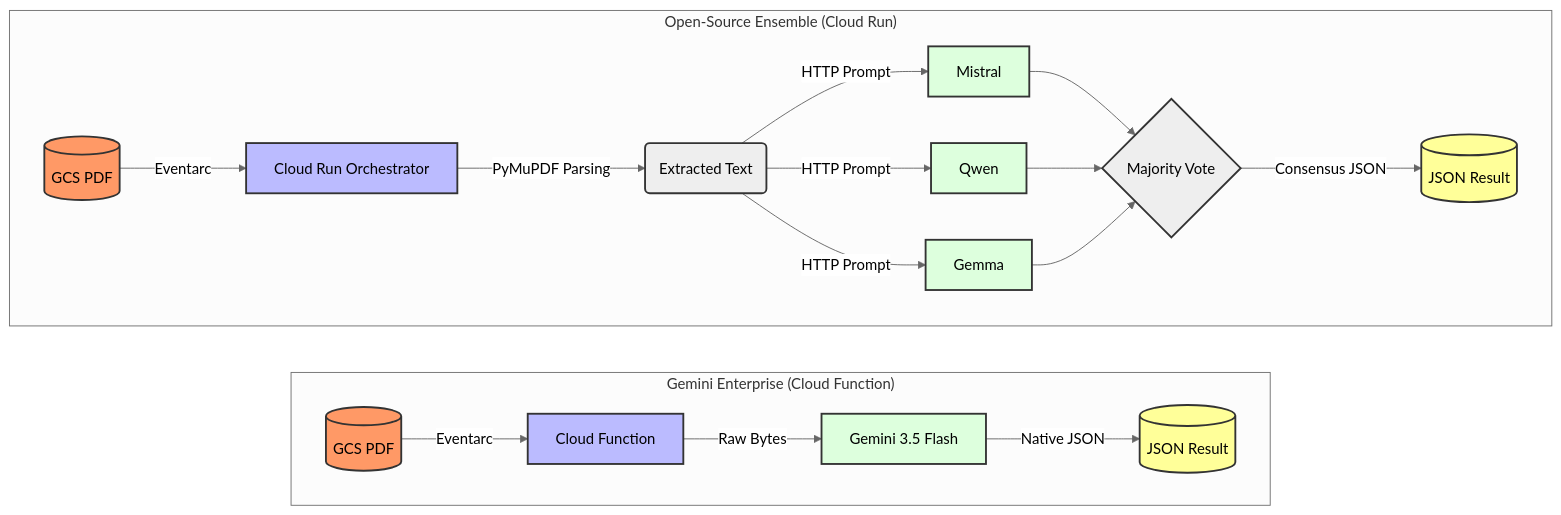
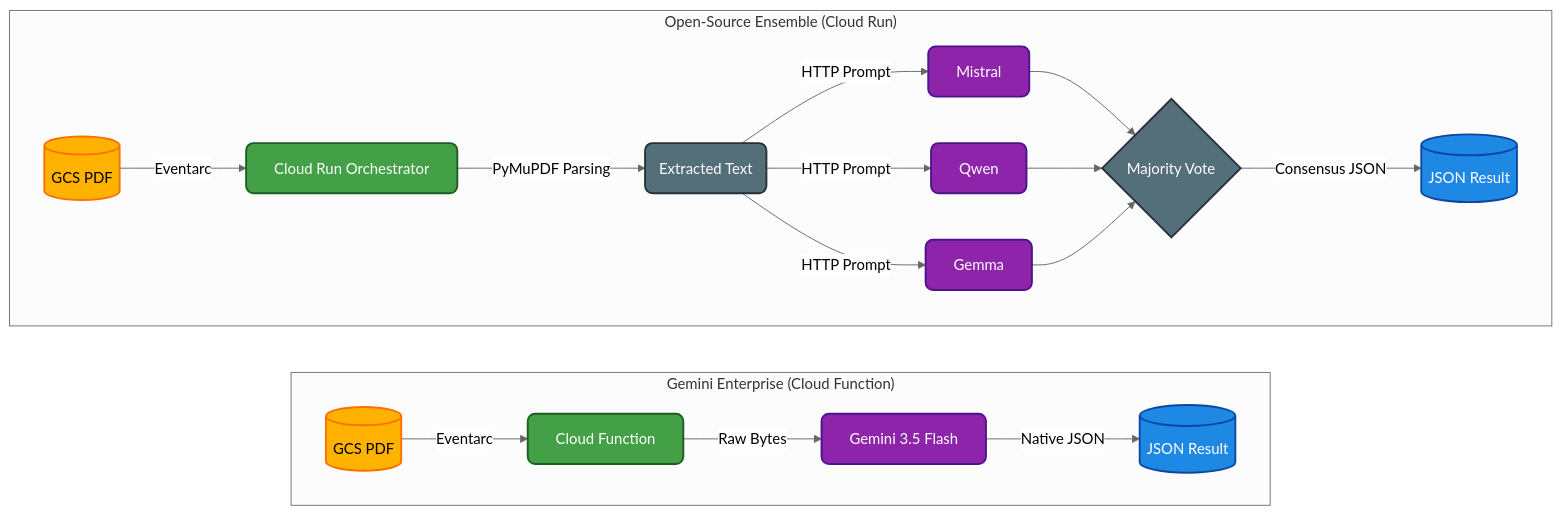
One commit to wojciehm/gcp-invoice-processor-demo changed the second of 2 diagrams in README.md. Above: the diagram before and after it, drawn with Mermaid (neutral theme). The commit also changed other lines of this file and 1 other file, not shown here.

Commit message:
docs: beautify mermaid diagrams in README

````diff
--- a/README.md
+++ b/README.md
@@ -75,28 +76,29 @@
 ```mermaid
-graph LR
-    classDef bucket fill:#f96,stroke:#333,stroke-width:2px;
-    classDef compute fill:#bbf,stroke:#333,stroke-width:2px;
-    classDef model fill:#dfd,stroke:#333,stroke-width:2px;
-    classDef logic fill:#eee,stroke:#333,stroke-width:2px;
-    classDef result fill:#ff9,stroke:#333,stroke-width:2px;
+flowchart LR
+    %% Modern Sleek Styling
+    classDef bucket fill:#FFB300,stroke:#FF6F00,stroke-width:2px,color:#000,rx:8,ry:8;
+    classDef compute fill:#43A047,stroke:#1B5E20,stroke-width:2px,color:#fff,rx:8,ry:8;
+    classDef model fill:#8E24AA,stroke:#4A148C,stroke-width:2px,color:#fff,rx:8,ry:8;
+    classDef logic fill:#546E7A,stroke:#263238,stroke-width:2px,color:#fff,rx:8,ry:8;
+    classDef result fill:#1E88E5,stroke:#0D47A1,stroke-width:2px,color:#fff,rx:8,ry:8;
 
     subgraph "Gemini Enterprise (Cloud Function)"
         direction LR
         GCS1[(GCS PDF)]:::bucket -->|Eventarc| CF[Cloud Function]:::compute
         CF -->|Raw Bytes| Gemini[Gemini 3.5 Flash]:::model
         Gemini -->|Native JSON| Result1[(JSON Result)]:::result
     end
 
     subgraph "Open-Source Ensemble (Cloud Run)"
         direction LR
         GCS2[(GCS PDF)]:::bucket -->|Eventarc| CR[Cloud Run Orchestrator]:::compute
         CR -->|PyMuPDF Parsing| Text(Extracted Text):::logic
         Text -->|HTTP Prompt| M1[Mistral]:::model
         Text -->|HTTP Prompt| M2[Qwen]:::model
         Text -->|HTTP Prompt| M3[Gemma]:::model
         M1 --> Vote{Majority Vote}:::logic
         M2 --> Vote
         M3 --> Vote
         Vote -->|Consensus JSON| Result2[(JSON Result)]:::result
     end
 ```
````
